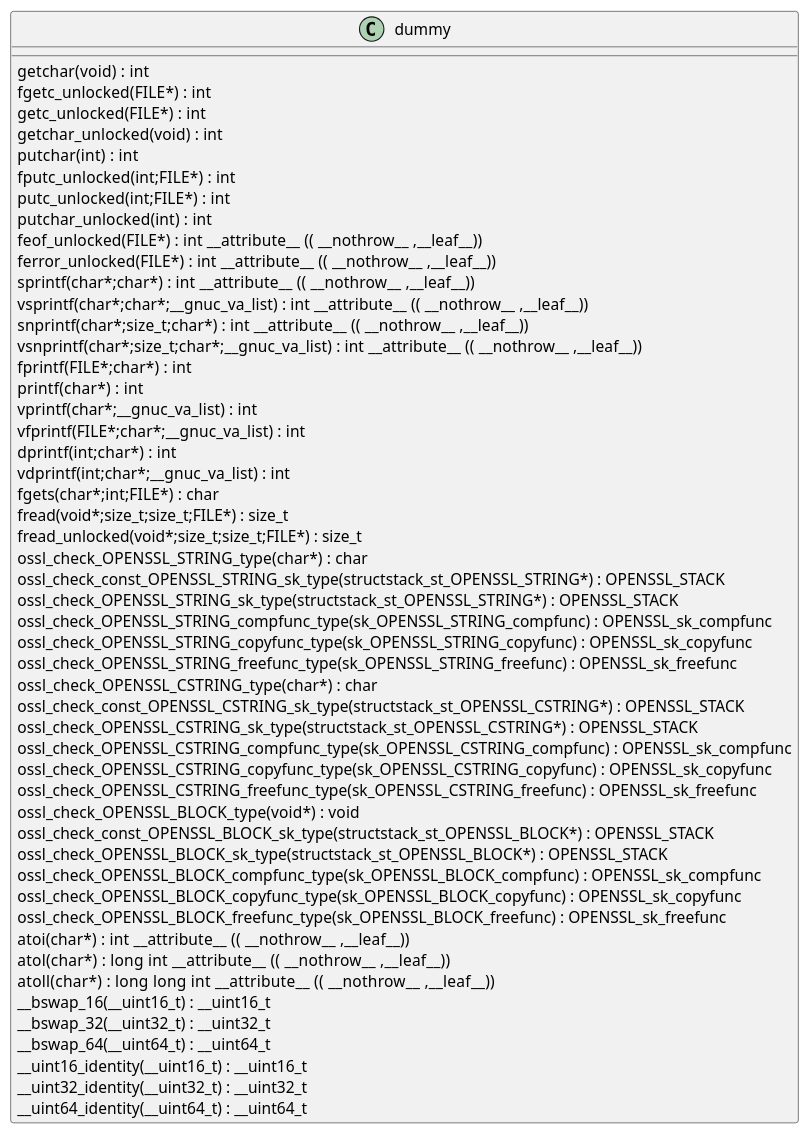
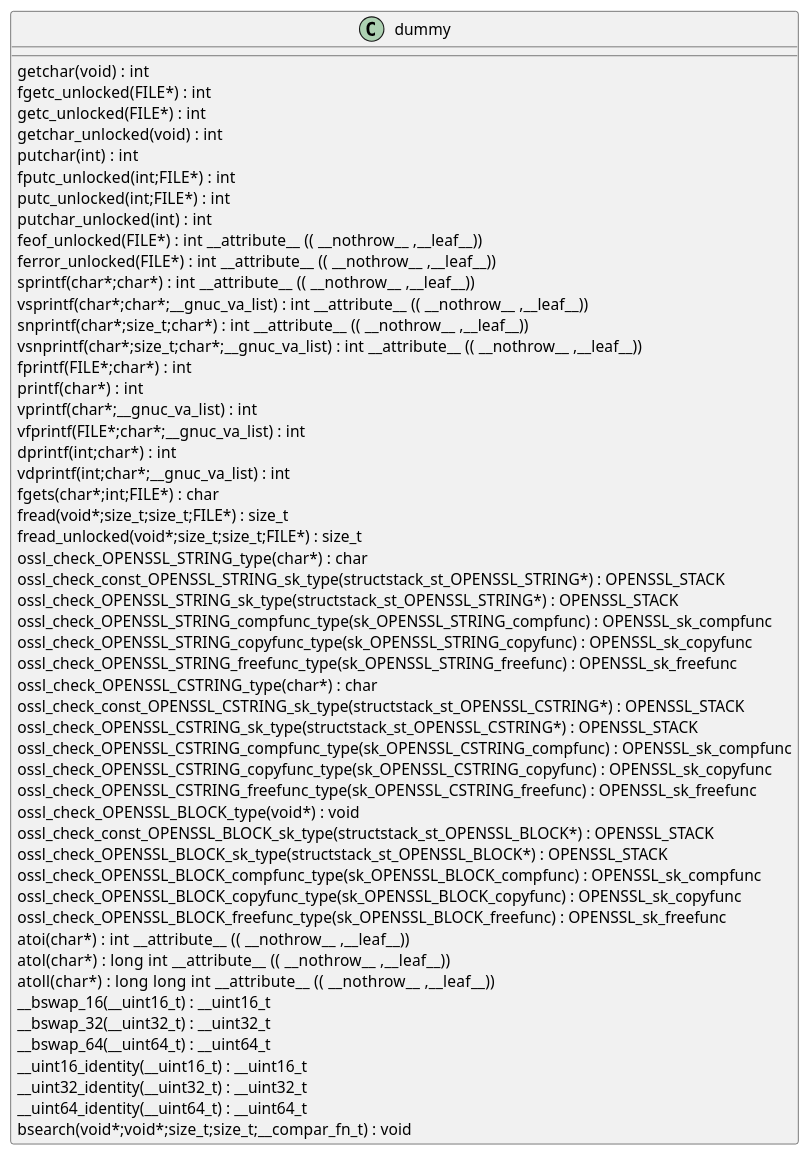
One commit to qualitesys/openssl changed the diagram in docs/qc/crypto/rsa/rsa_mp.c.puml. Above: the diagram before and after it, drawn with PlantUML. The commit also changed 5123 other files, not shown here.

```diff
--- a/docs/qc/crypto/rsa/rsa_mp.c.puml
+++ b/docs/qc/crypto/rsa/rsa_mp.c.puml
@@ -1,55 +1,56 @@
 @startuml
 !pragma layout smetana
 class dummy {
 getchar(void) :  int  [[[./../../.././qc/crypto/rsa/rsa_mp.c.html#900]]]
 fgetc_unlocked(FILE*) :  int  [[[./../../.././qc/crypto/rsa/rsa_mp.c.html#909]]]
 getc_unlocked(FILE*) :  int  [[[./../../.././qc/crypto/rsa/rsa_mp.c.html#919]]]
 getchar_unlocked(void) :  int  [[[./../../.././qc/crypto/rsa/rsa_mp.c.html#926]]]
 putchar(int) :  int  [[[./../../.././qc/crypto/rsa/rsa_mp.c.html#935]]]
 fputc_unlocked(int;FILE*) :  int  [[[./../../.././qc/crypto/rsa/rsa_mp.c.html#944]]]
 putc_unlocked(int;FILE*) :  int  [[[./../../.././qc/crypto/rsa/rsa_mp.c.html#954]]]
 putchar_unlocked(int) :  int  [[[./../../.././qc/crypto/rsa/rsa_mp.c.html#961]]]
 feof_unlocked(FILE*) :  int  __attribute__ (( __nothrow__ ,__leaf__)) [[[./../../.././qc/crypto/rsa/rsa_mp.c.html#967]]]
 ferror_unlocked(FILE*) :  int  __attribute__ (( __nothrow__ ,__leaf__)) [[[./../../.././qc/crypto/rsa/rsa_mp.c.html#974]]]
 sprintf(char*;char*) :  int  __attribute__ (( __nothrow__ ,__leaf__)) [[[./../../.././qc/crypto/rsa/rsa_mp.c.html#993]]]
 vsprintf(char*;char*;__gnuc_va_list) :  int  __attribute__ (( __nothrow__ ,__leaf__)) [[[./../../.././qc/crypto/rsa/rsa_mp.c.html#1006]]]
 snprintf(char*;size_t;char*) :  int  __attribute__ (( __nothrow__ ,__leaf__)) [[[./../../.././qc/crypto/rsa/rsa_mp.c.html#1025]]]
 vsnprintf(char*;size_t;char*;__gnuc_va_list) :  int  __attribute__ (( __nothrow__ ,__leaf__)) [[[./../../.././qc/crypto/rsa/rsa_mp.c.html#1039]]]
 fprintf(FILE*;char*) :  int  [[[./../../.././qc/crypto/rsa/rsa_mp.c.html#1060]]]
 printf(char*) :  int  [[[./../../.././qc/crypto/rsa/rsa_mp.c.html#1067]]]
 vprintf(char*;__gnuc_va_list) :  int  [[[./../../.././qc/crypto/rsa/rsa_mp.c.html#1079]]]
 vfprintf(FILE*;char*;__gnuc_va_list) :  int  [[[./../../.././qc/crypto/rsa/rsa_mp.c.html#1089]]]
 dprintf(int;char*) :  int  [[[./../../.././qc/crypto/rsa/rsa_mp.c.html#1104]]]
 vdprintf(int;char*;__gnuc_va_list) :  int  [[[./../../.././qc/crypto/rsa/rsa_mp.c.html#1115]]]
 fgets(char*;int;FILE*) :  char  [[[./../../.././qc/crypto/rsa/rsa_mp.c.html#1134]]]
 fread(void*;size_t;size_t;FILE*) : size_t [[[./../../.././qc/crypto/rsa/rsa_mp.c.html#1160]]]
 fread_unlocked(void*;size_t;size_t;FILE*) : size_t [[[./../../.././qc/crypto/rsa/rsa_mp.c.html#1187]]]
 ossl_check_OPENSSL_STRING_type(char*) :  char  [[[./../../.././qc/crypto/rsa/rsa_mp.c.html#1340]]]
 ossl_check_const_OPENSSL_STRING_sk_type(structstack_st_OPENSSL_STRING*) : OPENSSL_STACK [[[./../../.././qc/crypto/rsa/rsa_mp.c.html#1340]]]
 ossl_check_OPENSSL_STRING_sk_type(structstack_st_OPENSSL_STRING*) : OPENSSL_STACK [[[./../../.././qc/crypto/rsa/rsa_mp.c.html#1340]]]
 ossl_check_OPENSSL_STRING_compfunc_type(sk_OPENSSL_STRING_compfunc) : OPENSSL_sk_compfunc [[[./../../.././qc/crypto/rsa/rsa_mp.c.html#1340]]]
 ossl_check_OPENSSL_STRING_copyfunc_type(sk_OPENSSL_STRING_copyfunc) : OPENSSL_sk_copyfunc [[[./../../.././qc/crypto/rsa/rsa_mp.c.html#1340]]]
 ossl_check_OPENSSL_STRING_freefunc_type(sk_OPENSSL_STRING_freefunc) : OPENSSL_sk_freefunc [[[./../../.././qc/crypto/rsa/rsa_mp.c.html#1340]]]
 ossl_check_OPENSSL_CSTRING_type(char*) :  char  [[[./../../.././qc/crypto/rsa/rsa_mp.c.html#1342]]]
 ossl_check_const_OPENSSL_CSTRING_sk_type(structstack_st_OPENSSL_CSTRING*) : OPENSSL_STACK [[[./../../.././qc/crypto/rsa/rsa_mp.c.html#1342]]]
 ossl_check_OPENSSL_CSTRING_sk_type(structstack_st_OPENSSL_CSTRING*) : OPENSSL_STACK [[[./../../.././qc/crypto/rsa/rsa_mp.c.html#1342]]]
 ossl_check_OPENSSL_CSTRING_compfunc_type(sk_OPENSSL_CSTRING_compfunc) : OPENSSL_sk_compfunc [[[./../../.././qc/crypto/rsa/rsa_mp.c.html#1342]]]
 ossl_check_OPENSSL_CSTRING_copyfunc_type(sk_OPENSSL_CSTRING_copyfunc) : OPENSSL_sk_copyfunc [[[./../../.././qc/crypto/rsa/rsa_mp.c.html#1342]]]
 ossl_check_OPENSSL_CSTRING_freefunc_type(sk_OPENSSL_CSTRING_freefunc) : OPENSSL_sk_freefunc [[[./../../.././qc/crypto/rsa/rsa_mp.c.html#1342]]]
 ossl_check_OPENSSL_BLOCK_type(void*) :  void  [[[./../../.././qc/crypto/rsa/rsa_mp.c.html#1345]]]
 ossl_check_const_OPENSSL_BLOCK_sk_type(structstack_st_OPENSSL_BLOCK*) : OPENSSL_STACK [[[./../../.././qc/crypto/rsa/rsa_mp.c.html#1345]]]
 ossl_check_OPENSSL_BLOCK_sk_type(structstack_st_OPENSSL_BLOCK*) : OPENSSL_STACK [[[./../../.././qc/crypto/rsa/rsa_mp.c.html#1345]]]
 ossl_check_OPENSSL_BLOCK_compfunc_type(sk_OPENSSL_BLOCK_compfunc) : OPENSSL_sk_compfunc [[[./../../.././qc/crypto/rsa/rsa_mp.c.html#1345]]]
 ossl_check_OPENSSL_BLOCK_copyfunc_type(sk_OPENSSL_BLOCK_copyfunc) : OPENSSL_sk_copyfunc [[[./../../.././qc/crypto/rsa/rsa_mp.c.html#1345]]]
 ossl_check_OPENSSL_BLOCK_freefunc_type(sk_OPENSSL_BLOCK_freefunc) : OPENSSL_sk_freefunc [[[./../../.././qc/crypto/rsa/rsa_mp.c.html#1345]]]
 atoi(char*) :  int  __attribute__ (( __nothrow__ ,__leaf__)) [[[./../../.././qc/crypto/rsa/rsa_mp.c.html#1655]]]
 atol(char*) :  long  int  __attribute__ (( __nothrow__ ,__leaf__)) [[[./../../.././qc/crypto/rsa/rsa_mp.c.html#1660]]]
 atoll(char*) :  long  long  int  __attribute__ (( __nothrow__ ,__leaf__)) [[[./../../.././qc/crypto/rsa/rsa_mp.c.html#1667]]]
 __bswap_16(__uint16_t) : __uint16_t [[[./../../.././qc/crypto/rsa/rsa_mp.c.html#1814]]]
 __bswap_32(__uint32_t) : __uint32_t [[[./../../.././qc/crypto/rsa/rsa_mp.c.html#1829]]]
 __bswap_64(__uint64_t) : __uint64_t [[[./../../.././qc/crypto/rsa/rsa_mp.c.html#1839]]]
 __uint16_identity(__uint16_t) : __uint16_t [[[./../../.././qc/crypto/rsa/rsa_mp.c.html#1851]]]
 __uint32_identity(__uint32_t) : __uint32_t [[[./../../.././qc/crypto/rsa/rsa_mp.c.html#1857]]]
 __uint64_identity(__uint64_t) : __uint64_t [[[./../../.././qc/crypto/rsa/rsa_mp.c.html#1863]]]
+bsearch(void*;void*;size_t;size_t;__compar_fn_t) :  void  [[[./../../.././qc/crypto/rsa/rsa_mp.c.html#2531]]]
 } 
 @enduml
```
